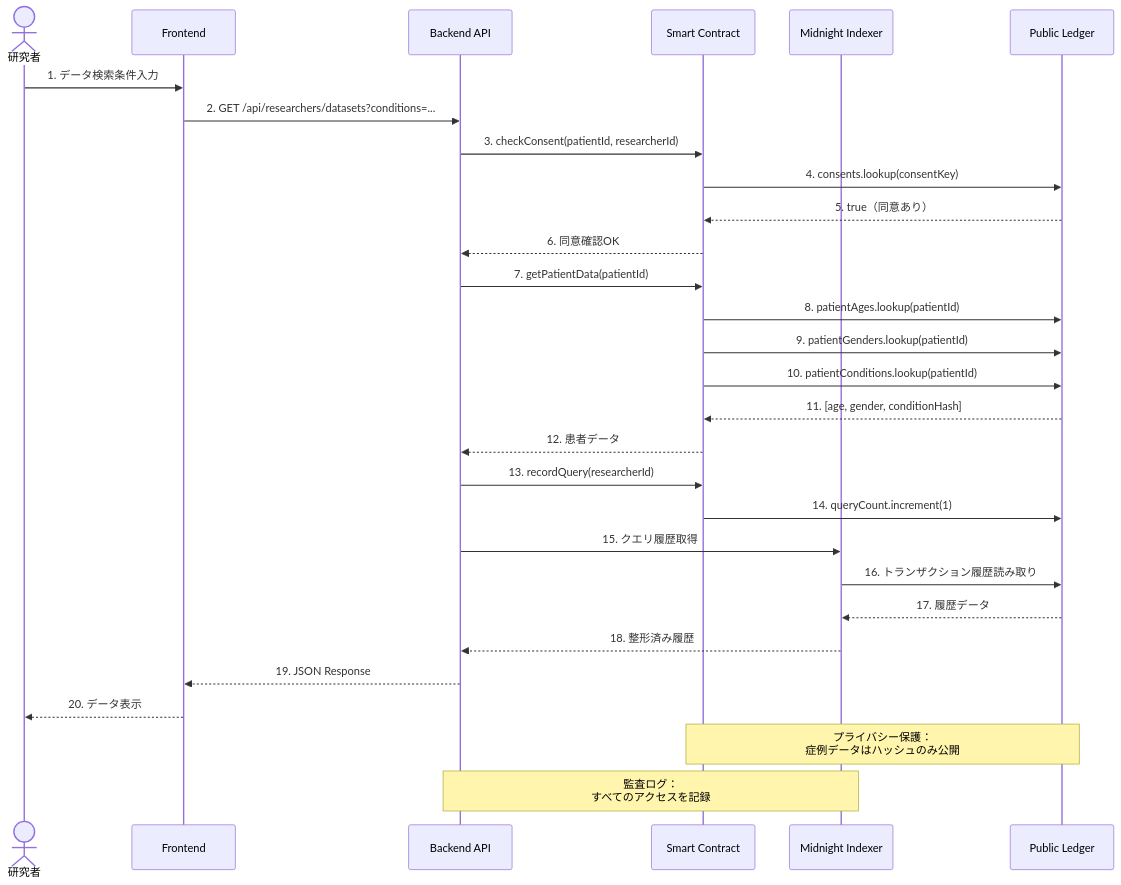
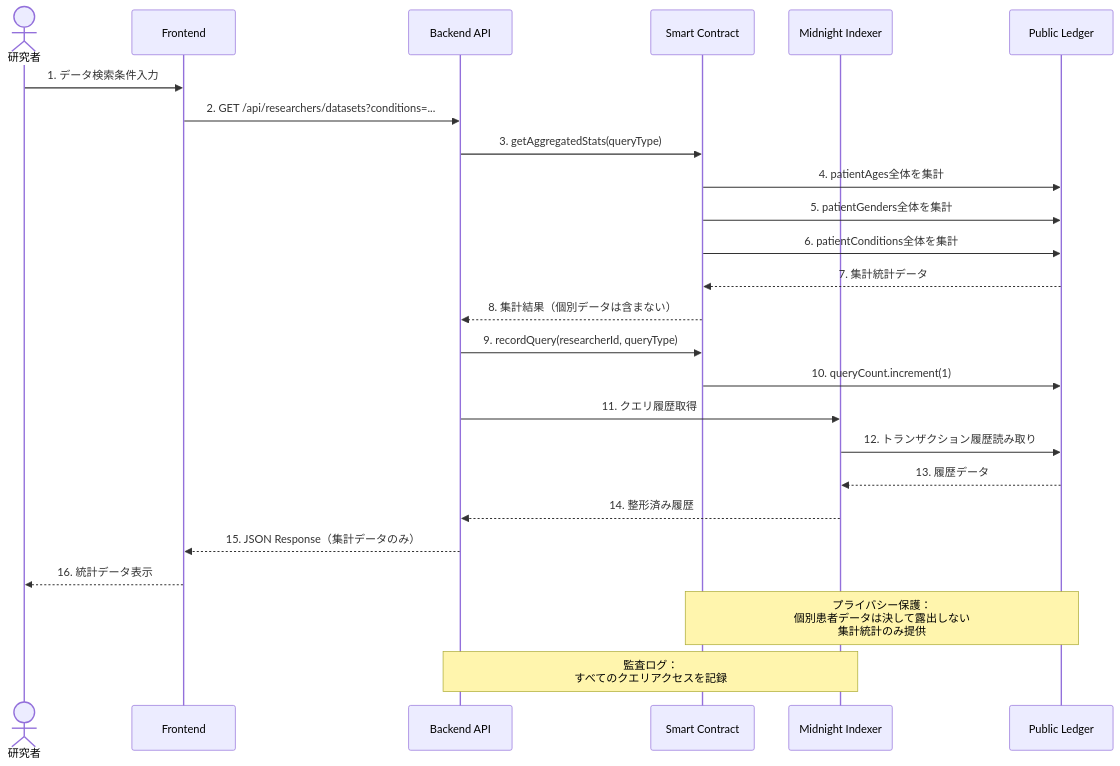
Before and after one commit to mashharuki/Main: the fifth of 9 diagrams in .kiro/specs/nextmed-mvp/design.md, drawn with Mermaid. The commit also changed other lines of this file and 4 other files, not shown here.

````diff
--- a/.kiro/specs/nextmed-mvp/design.md
+++ b/.kiro/specs/nextmed-mvp/design.md
@@ -229,38 +178,33 @@
 ```mermaid
 sequenceDiagram
     actor Researcher as 研究者
     participant FE as Frontend
     participant API as Backend API
     participant Contract as Smart Contract
     participant Indexer as Midnight Indexer
     participant Ledger as Public Ledger
     
     Researcher->>FE: 1. データ検索条件入力
     FE->>API: 2. GET /api/researchers/datasets?conditions=...
     
-    API->>Contract: 3. checkConsent(patientId, researcherId)
-    Contract->>Ledger: 4. consents.lookup(consentKey)
-    Ledger-->>Contract: 5. true（同意あり）
-    Contract-->>API: 6. 同意確認OK
+    API->>Contract: 3. getAggregatedStats(queryType)
+    Contract->>Ledger: 4. patientAges全体を集計
+    Contract->>Ledger: 5. patientGenders全体を集計
+    Contract->>Ledger: 6. patientConditions全体を集計
+    Ledger-->>Contract: 7. 集計統計データ
+    Contract-->>API: 8. 集計結果（個別データは含まない）
     
-    API->>Contract: 7. getPatientData(patientId)
-    Contract->>Ledger: 8. patientAges.lookup(patientId)
-    Contract->>Ledger: 9. patientGenders.lookup(patientId)
-    Contract->>Ledger: 10. patientConditions.lookup(patientId)
-    Ledger-->>Contract: 11. [age, gender, conditionHash]
-    Contract-->>API: 12. 患者データ
+    API->>Contract: 9. recordQuery(researcherId, queryType)
+    Contract->>Ledger: 10. queryCount.increment(1)
     
-    API->>Contract: 13. recordQuery(researcherId)
-    Contract->>Ledger: 14. queryCount.increment(1)
+    API->>Indexer: 11. クエリ履歴取得
+    Indexer->>Ledger: 12. トランザクション履歴読み取り
+    Ledger-->>Indexer: 13. 履歴データ
+    Indexer-->>API: 14. 整形済み履歴
     
-    API->>Indexer: 15. クエリ履歴取得
-    Indexer->>Ledger: 16. トランザクション履歴読み取り
-    Ledger-->>Indexer: 17. 履歴データ
-    Indexer-->>API: 18. 整形済み履歴
+    API-->>FE: 15. JSON Response（集計データのみ）
+    FE-->>Researcher: 16. 統計データ表示
     
-    API-->>FE: 19. JSON Response
-    FE-->>Researcher: 20. データ表示
-    
-    Note over Contract,Ledger: プライバシー保護：<br/>症例データはハッシュのみ公開
-    Note over API,Indexer: 監査ログ：<br/>すべてのアクセスを記録
+    Note over Contract,Ledger: プライバシー保護：<br/>個別患者データは決して露出しない<br/>集計統計のみ提供
+    Note over API,Indexer: 監査ログ：<br/>すべてのクエリアクセスを記録
 ```
````
